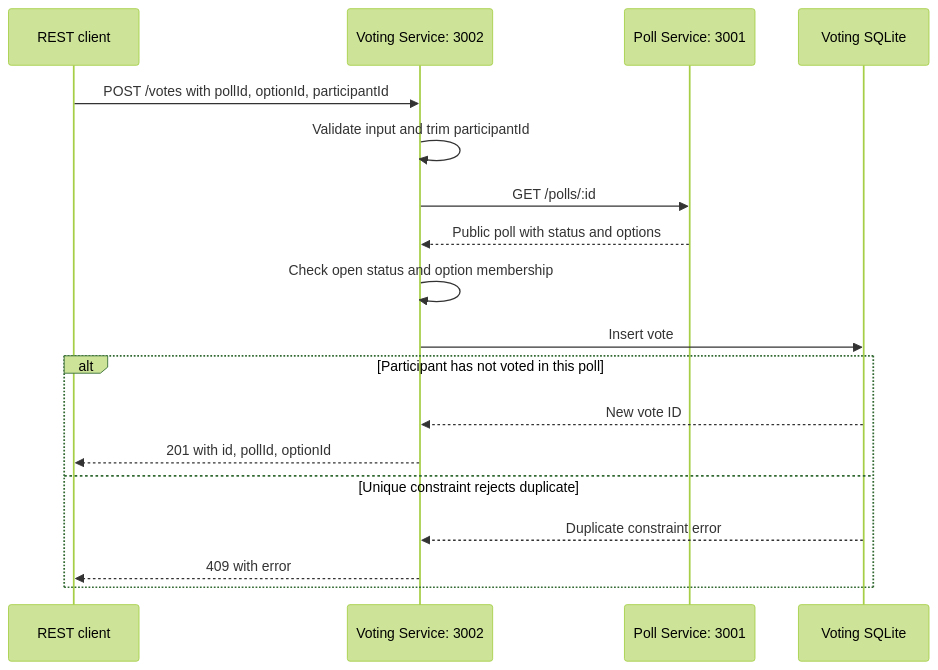
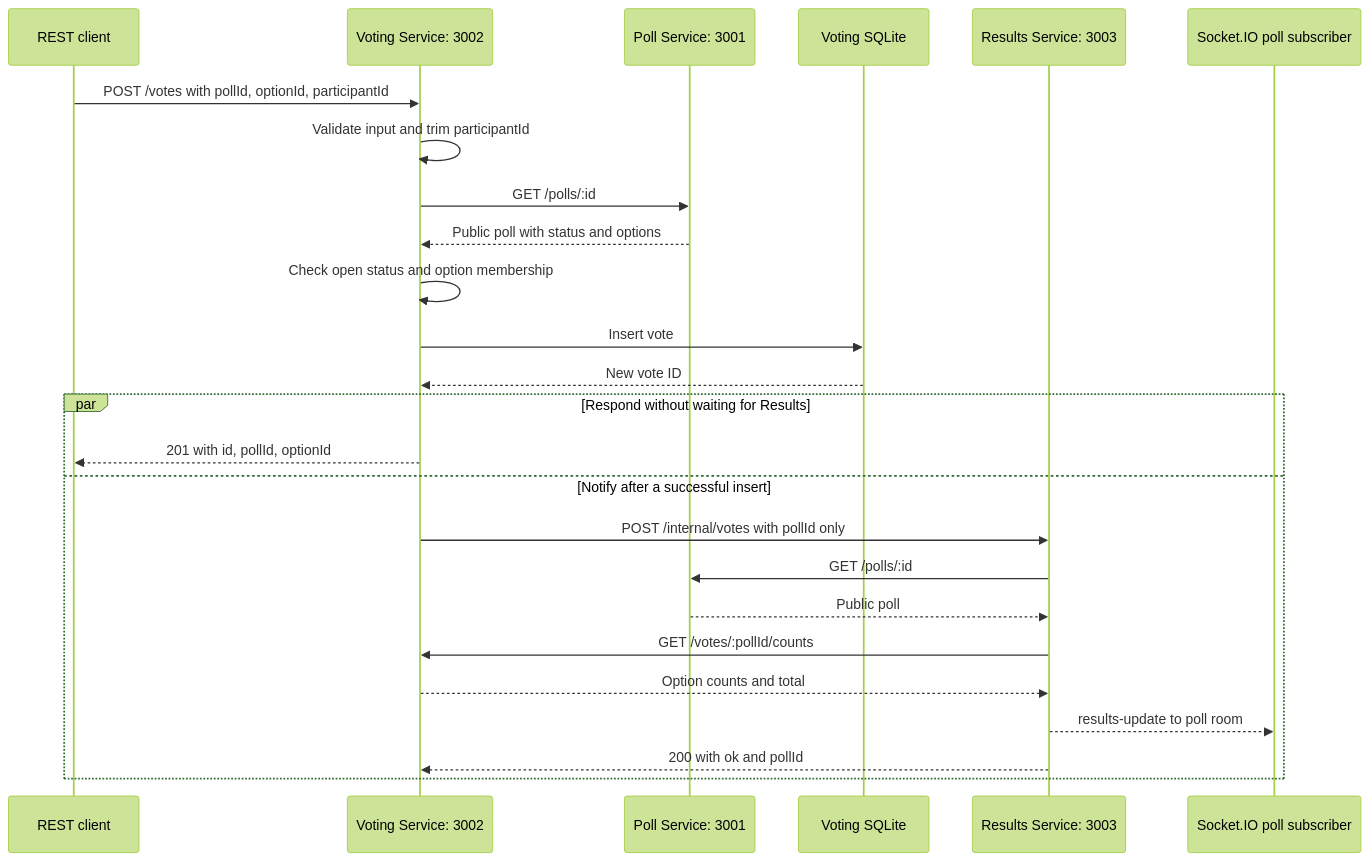
The second of 2 diagrams in docs/architecture.md (adamadeel05/live-polling-room__prog-5), drawn with Mermaid (forest theme) before and after one commit. The commit also changed other lines of this file and 16 other files, not shown here.

Commit message:
Implement Part 4 live results with Socket.IO and vote notifications

````diff
--- a/docs/architecture.md
+++ b/docs/architecture.md
@@ -44,20 +48,27 @@
 ```mermaid
 sequenceDiagram
     participant Caller as REST client
     participant Voting as Voting Service: 3002
     participant Poll as Poll Service: 3001
     participant Votes as Voting SQLite
+    participant Results as Results Service: 3003
+    participant Subscriber as Socket.IO poll subscriber
     Caller->>Voting: POST /votes with pollId, optionId, participantId
     Voting->>Voting: Validate input and trim participantId
     Voting->>Poll: GET /polls/:id
     Poll-->>Voting: Public poll with status and options
     Voting->>Voting: Check open status and option membership
     Voting->>Votes: Insert vote
-    alt Participant has not voted in this poll
-        Votes-->>Voting: New vote ID
+    Votes-->>Voting: New vote ID
+    par Respond without waiting for Results
         Voting-->>Caller: 201 with id, pollId, optionId
-    else Unique constraint rejects duplicate
-        Votes-->>Voting: Duplicate constraint error
-        Voting-->>Caller: 409 with error
+    and Notify after a successful insert
+        Voting->>Results: POST /internal/votes with pollId only
+        Results->>Poll: GET /polls/:id
+        Poll-->>Results: Public poll
+        Results->>Voting: GET /votes/:pollId/counts
+        Voting-->>Results: Option counts and total
+        Results-->>Subscriber: results-update to poll room
+        Results-->>Voting: 200 with ok and pollId
     end
 ```
````
